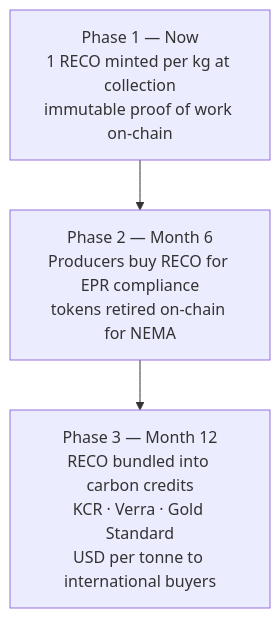
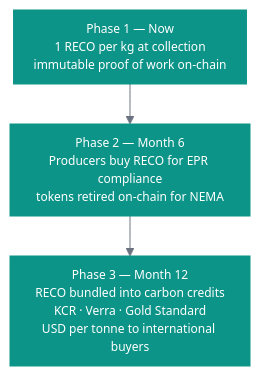
One commit to Matxchange/matXchange changed the fifth of 5 diagrams in README.md. Above: the diagram before and after it, drawn with Mermaid. The commit also changed other lines of this file, not shown here.

````diff
--- a/README.md
+++ b/README.md
@@ -126,5 +129,6 @@
 ```mermaid
+%%{init: {"theme": "base", "themeVariables": {"primaryColor": "#0D9488", "primaryTextColor": "#ffffff", "primaryBorderColor": "#0D9488", "lineColor": "#6B7280", "edgeLabelBackground": "#F0FDFA", "fontFamily": "ui-monospace, monospace", "fontSize": "12px"}, "flowchart": {"curve": "basis", "nodeSpacing": 30, "rankSpacing": 40, "padding": 10}}}%%
 flowchart TD
-    A[Phase 1 — Now\n1 RECO minted per kg at collection\nimmutable proof of work on-chain] --> B[Phase 2 — Month 6\nProducers buy RECO for EPR compliance\ntokens retired on-chain for NEMA]
+    A[Phase 1 — Now\n1 RECO per kg at collection\nimmutable proof of work on-chain] --> B[Phase 2 — Month 6\nProducers buy RECO for EPR compliance\ntokens retired on-chain for NEMA]
     B --> C[Phase 3 — Month 12\nRECO bundled into carbon credits\nKCR · Verra · Gold Standard\nUSD per tonne to international buyers]
 ```
````
